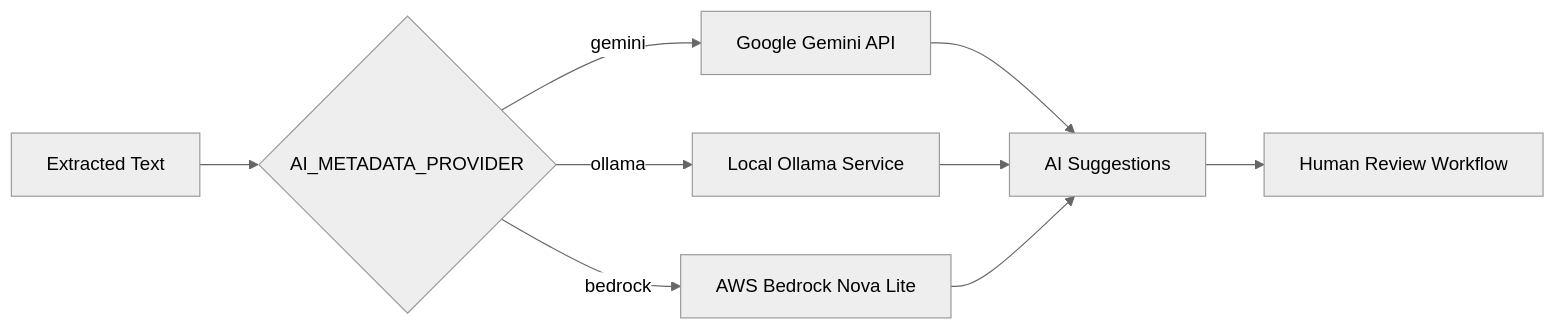
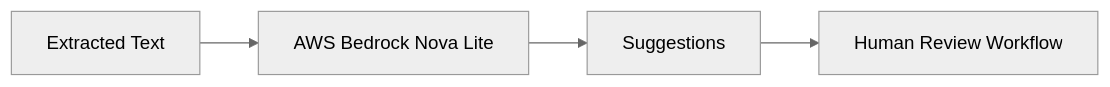
Before and after one commit to khaliqueaws-creator/document-management: the third of 5 diagrams in docs/ai-workflow.md, drawn with Mermaid (neutral theme). The commit also changed other lines of this file and 6 other files, not shown here.

Commit message:
Align docs with MCP architecture

````diff
--- a/docs/ai-workflow.md
+++ b/docs/ai-workflow.md
@@ -69,14 +72,6 @@
 ```mermaid
 flowchart LR
-    ExtractedText[Extracted Text] --> Provider{AI_METADATA_PROVIDER}
-
-    Provider -->|gemini| Gemini[Google Gemini API]
-    Provider -->|ollama| Ollama[Local Ollama Service]
-    Provider -->|bedrock| Bedrock[AWS Bedrock Nova Lite]
-
-    Gemini --> Suggestions[AI Suggestions]
-    Ollama --> Suggestions
+    ExtractedText[Extracted Text] --> Bedrock[AWS Bedrock Nova Lite]
     Bedrock --> Suggestions
-
     Suggestions --> Review[Human Review Workflow]
 ```
````
